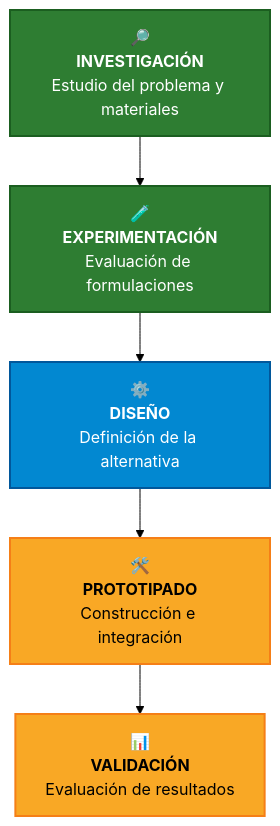
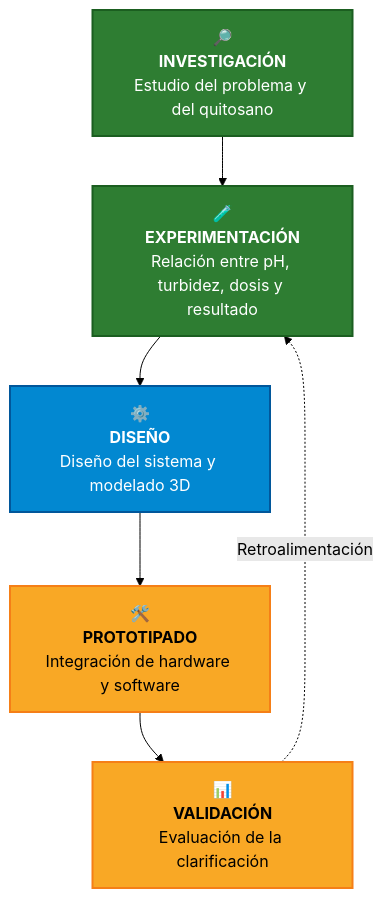
Before and after one commit to BeyondNate/PI_Equipo_05: the fifth of 5 diagrams in README.md, drawn with Mermaid (forest theme). The commit also changed other lines of this file, not shown here.

````diff
--- a/README.md
+++ b/README.md
@@ -320,23 +326,24 @@
 ```mermaid
 flowchart TB
 
-    I["🔎<br/><b>INVESTIGACIÓN</b><br/>Estudio del problema y materiales"]
+    I["🔎<br/><b>INVESTIGACIÓN</b><br/>Estudio del problema y del quitosano"]
 
-    E["🧪<br/><b>EXPERIMENTACIÓN</b><br/>Evaluación de formulaciones"]
+    E["🧪<br/><b>EXPERIMENTACIÓN</b><br/>Relación entre pH, turbidez, dosis y resultado"]
 
-    D["⚙️<br/><b>DISEÑO</b><br/>Definición de la alternativa"]
+    D["⚙️<br/><b>DISEÑO</b><br/>Diseño del sistema y modelado 3D"]
 
-    P["🛠️<br/><b>PROTOTIPADO</b><br/>Construcción e integración"]
+    P["🛠️<br/><b>PROTOTIPADO</b><br/>Integración de hardware y software"]
 
-    V["📊<br/><b>VALIDACIÓN</b><br/>Evaluación de resultados"]
+    V["📊<br/><b>VALIDACIÓN</b><br/>Evaluación de la clarificación"]
 
     I --> E --> D --> P --> V
+    V -. Retroalimentación .-> E
 
     classDef research fill:#2E7D32,color:#FFFFFF,stroke:#1B5E20,stroke-width:2px;
     classDef design fill:#0288D1,color:#FFFFFF,stroke:#01579B,stroke-width:2px;
     classDef prototype fill:#F9A825,color:#000000,stroke:#F57F17,stroke-width:2px;
 
     class I,E research;
     class D design;
     class P,V prototype;
 ```
````
